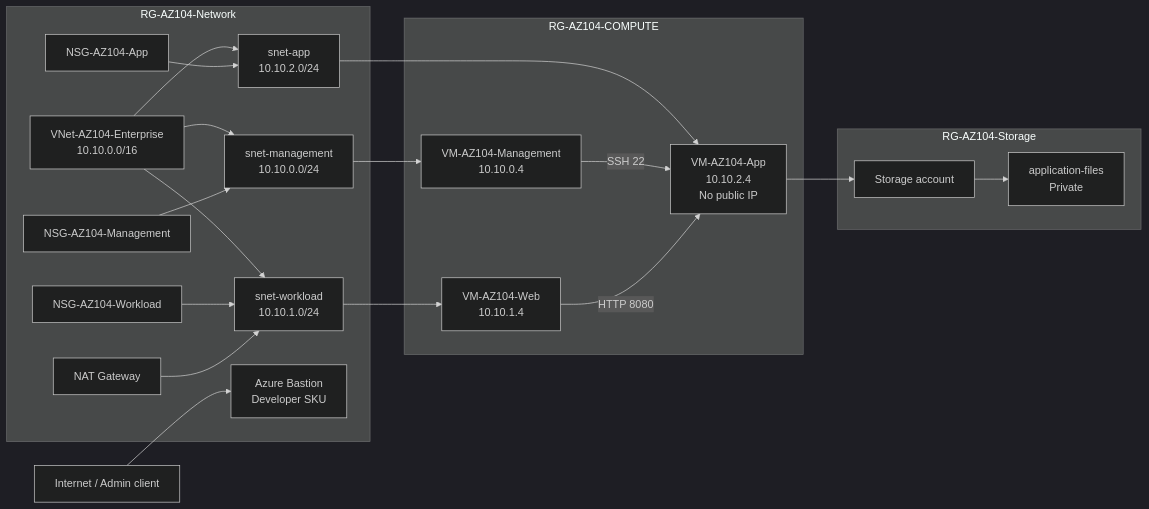
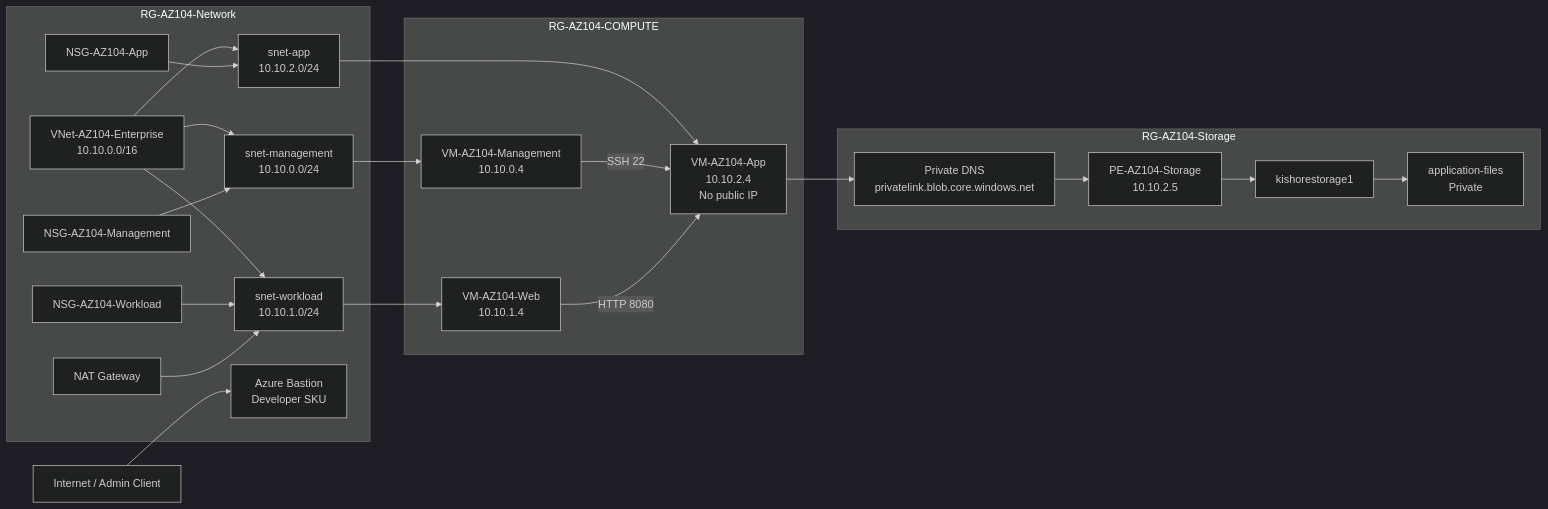
One commit to Kishorebiswajit/azure-104-enterprise-administrator-lab changed the diagram in assets/diagrams/network-topology.mmd. Above: the diagram before and after it, drawn with Mermaid (dark theme).

Commit message:
docs: update architecture diagrams with private storage path

```diff
--- a/assets/diagrams/network-topology.mmd
+++ b/assets/diagrams/network-topology.mmd
@@ -1,41 +1,48 @@
 flowchart LR
-    Internet["Internet / Admin client"]
+    Internet["Internet / Admin Client"]
 
     subgraph NetRG["RG-AZ104-Network"]
         VNet["VNet-AZ104-Enterprise<br/>10.10.0.0/16"]
         MgmtSubnet["snet-management<br/>10.10.0.0/24"]
         WebSubnet["snet-workload<br/>10.10.1.0/24"]
         AppSubnet["snet-app<br/>10.10.2.0/24"]
         Bastion["Azure Bastion<br/>Developer SKU"]
         NAT["NAT Gateway"]
         MgmtNSG["NSG-AZ104-Management"]
         WebNSG["NSG-AZ104-Workload"]
         AppNSG["NSG-AZ104-App"]
     end
 
     subgraph ComputeRG["RG-AZ104-COMPUTE"]
         MgmtVM["VM-AZ104-Management<br/>10.10.0.4"]
         WebVM["VM-AZ104-Web<br/>10.10.1.4"]
         AppVM["VM-AZ104-App<br/>10.10.2.4<br/>No public IP"]
     end
 
     subgraph StorageRG["RG-AZ104-Storage"]
-        Storage["Storage account"]
+        DNS["Private DNS<br/>privatelink.blob.core.windows.net"]
+        PE["PE-AZ104-Storage<br/>10.10.2.5"]
+        SA["kishorestorage1"]
         Blob["application-files<br/>Private"]
     end
 
     Internet --> Bastion
     VNet --> MgmtSubnet
     VNet --> WebSubnet
     VNet --> AppSubnet
     MgmtSubnet --> MgmtVM
     WebSubnet --> WebVM
     AppSubnet --> AppVM
+
     MgmtNSG --> MgmtSubnet
     WebNSG --> WebSubnet
     AppNSG --> AppSubnet
     NAT --> WebSubnet
+
     MgmtVM -->|"SSH 22"| AppVM
     WebVM -->|"HTTP 8080"| AppVM
-    AppVM --> Storage
-    Storage --> Blob
+
+    AppVM --> DNS
+    DNS --> PE
+    PE --> SA
+    SA --> Blob
```
